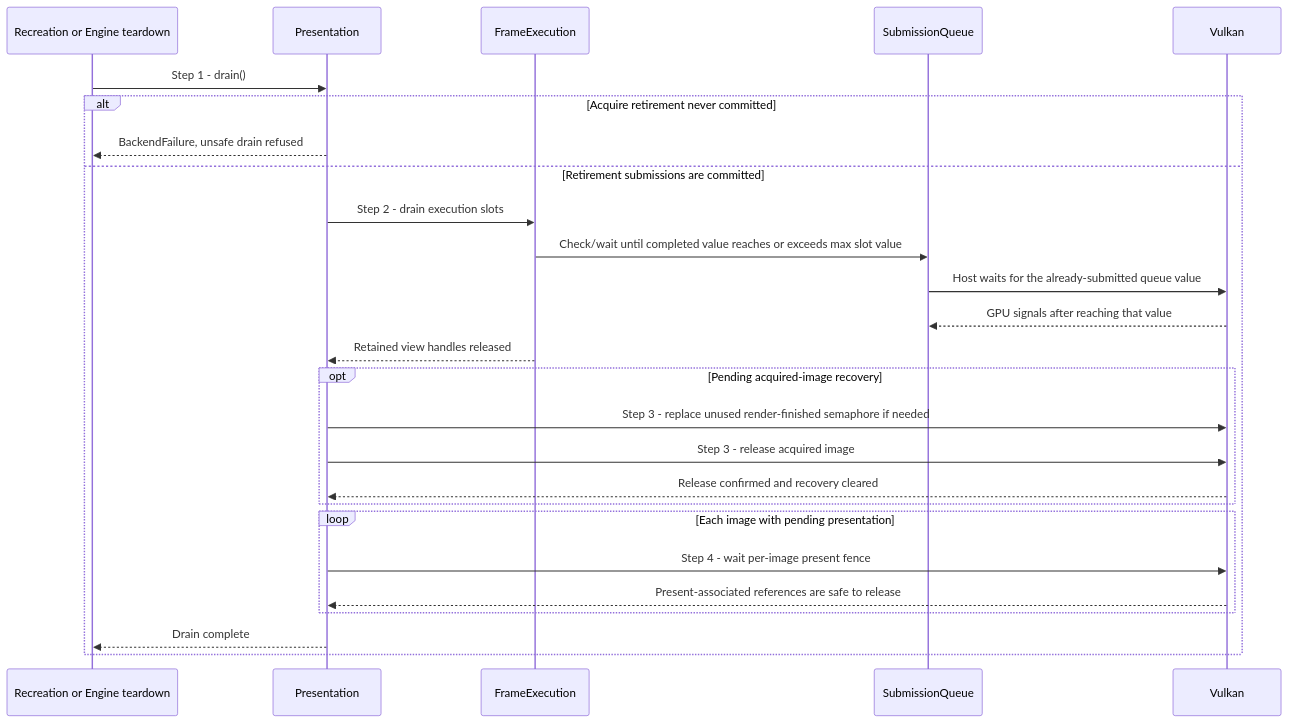
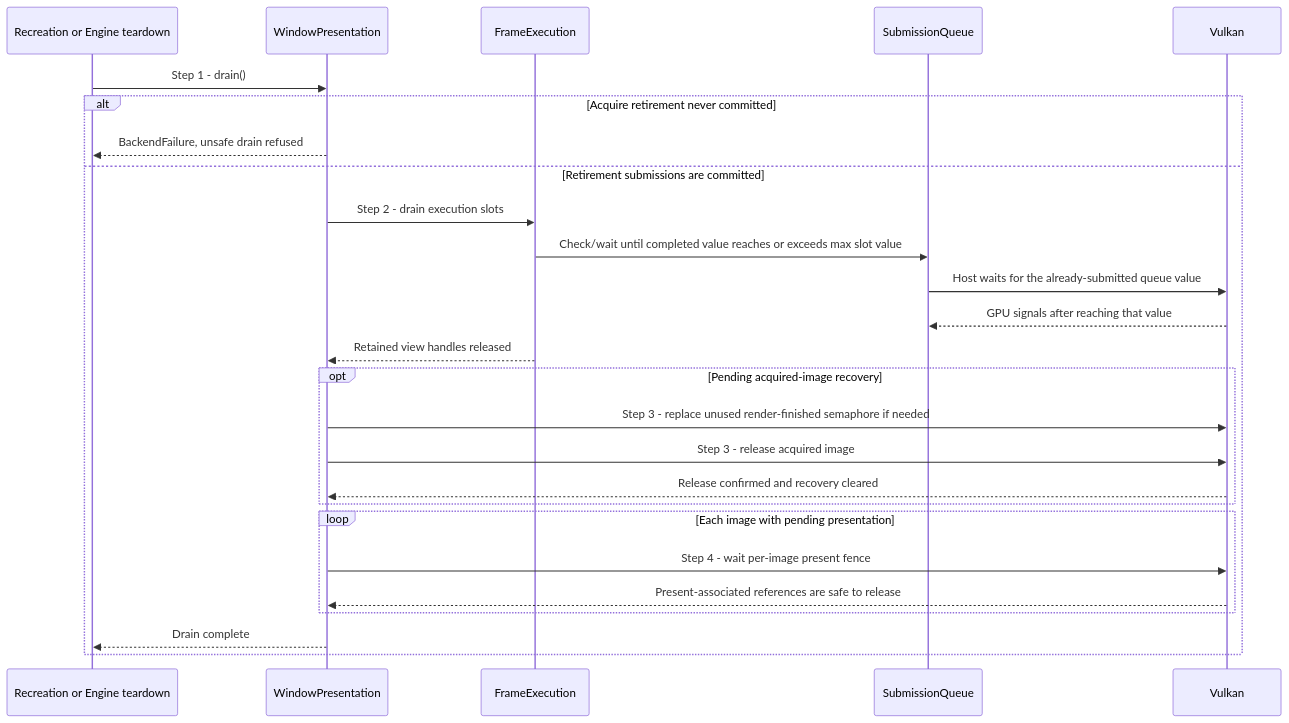
Before and after one commit to a-soltysik/Panda: the diagram in docs/use-cases/drain-presentation.md, drawn with Mermaid. The commit also changed other lines of this file and 83 other files, not shown here.

````diff
--- a/docs/use-cases/drain-presentation.md
+++ b/docs/use-cases/drain-presentation.md
@@ -31,28 +31,28 @@
 ```mermaid
 sequenceDiagram
     participant R as Recreation or Engine teardown
-    participant P as Presentation
+    participant P as WindowPresentation
     participant E as FrameExecution
     participant Q as SubmissionQueue
     participant V as Vulkan
     R->>P: Step 1 - drain()
     alt Acquire retirement never committed
         P-->>R: BackendFailure, unsafe drain refused
     else Retirement submissions are committed
         P->>E: Step 2 - drain execution slots
         E->>Q: Check/wait until completed value reaches or exceeds max slot value
         Q->>V: Host waits for the already-submitted queue value
         V-->>Q: GPU signals after reaching that value
         E-->>P: Retained view handles released
         opt Pending acquired-image recovery
             P->>V: Step 3 - replace unused render-finished semaphore if needed
             P->>V: Step 3 - release acquired image
             V-->>P: Release confirmed and recovery cleared
         end
         loop Each image with pending presentation
             P->>V: Step 4 - wait per-image present fence
             V-->>P: Present-associated references are safe to release
         end
         P-->>R: Drain complete
     end
 ```
````
